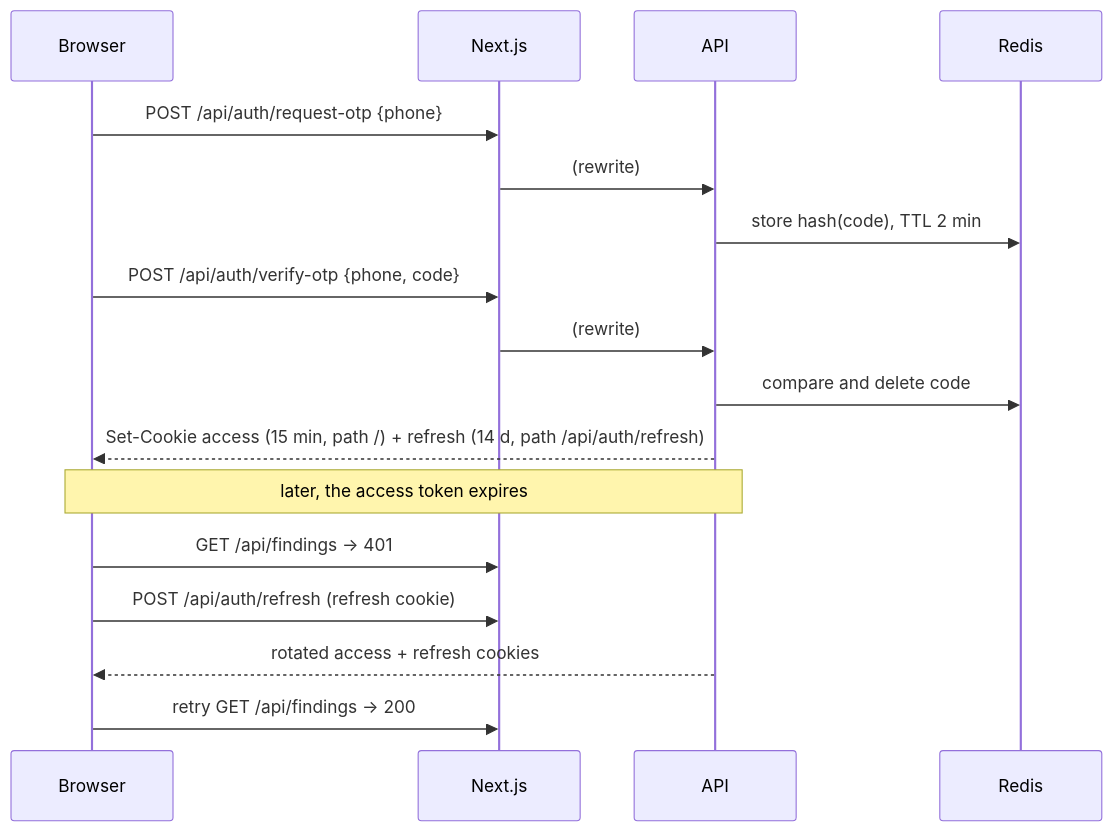
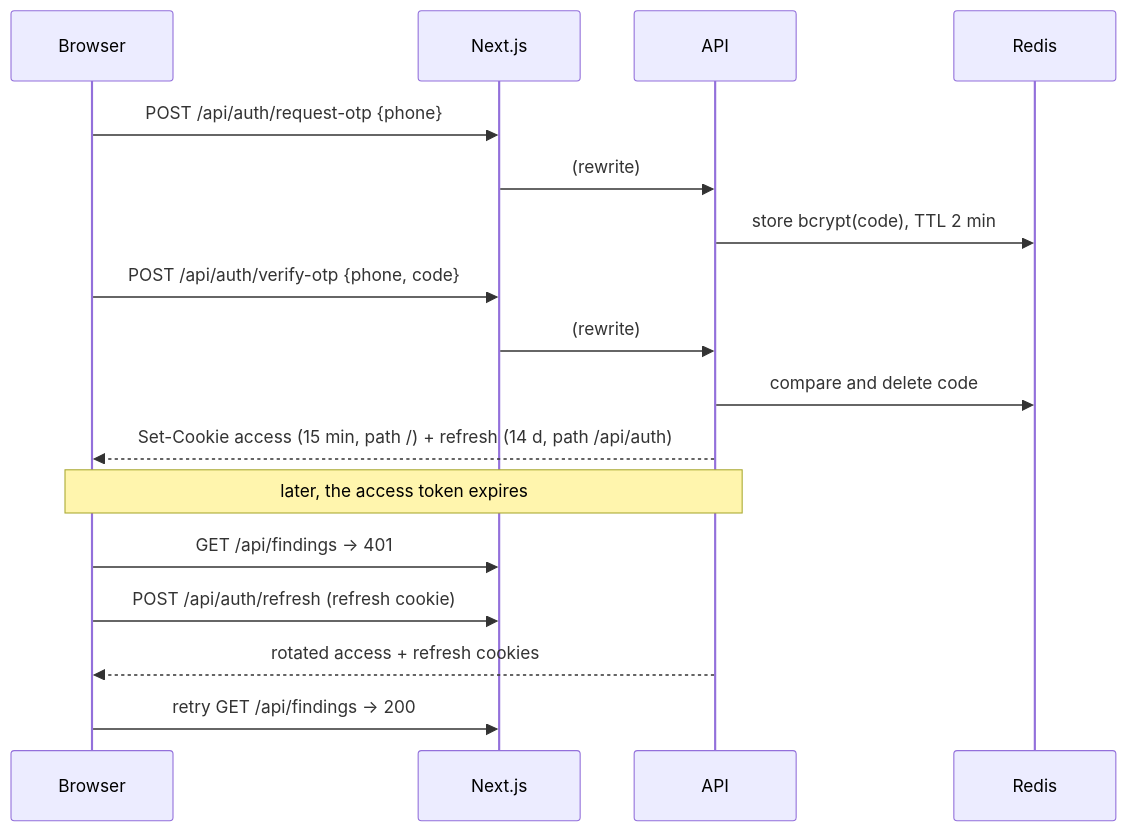
One commit to Rezaabdollahi7/Multi-Tenant-Assessment changed the third of 4 diagrams in docs/ARCHITECTURE.md. Above: the diagram before and after it, drawn with Mermaid. The commit also changed other lines of this file and 7 other files, not shown here.

````diff
--- a/docs/ARCHITECTURE.md
+++ b/docs/ARCHITECTURE.md
@@ -77,19 +77,19 @@
 ```mermaid
 sequenceDiagram
     participant B as Browser
     participant W as Next.js
     participant A as API
     participant R as Redis
     B->>W: POST /api/auth/request-otp {phone}
     W->>A: (rewrite)
-    A->>R: store hash(code), TTL 2 min
+    A->>R: store bcrypt(code), TTL 2 min
     B->>W: POST /api/auth/verify-otp {phone, code}
     W->>A: (rewrite)
     A->>R: compare and delete code
-    A-->>B: Set-Cookie access (15 min, path /) + refresh (14 d, path /api/auth/refresh)
+    A-->>B: Set-Cookie access (15 min, path /) + refresh (14 d, path /api/auth)
     Note over B,A: later, the access token expires
     B->>W: GET /api/findings → 401
     B->>W: POST /api/auth/refresh (refresh cookie)
     A-->>B: rotated access + refresh cookies
     B->>W: retry GET /api/findings → 200
 ```
````
